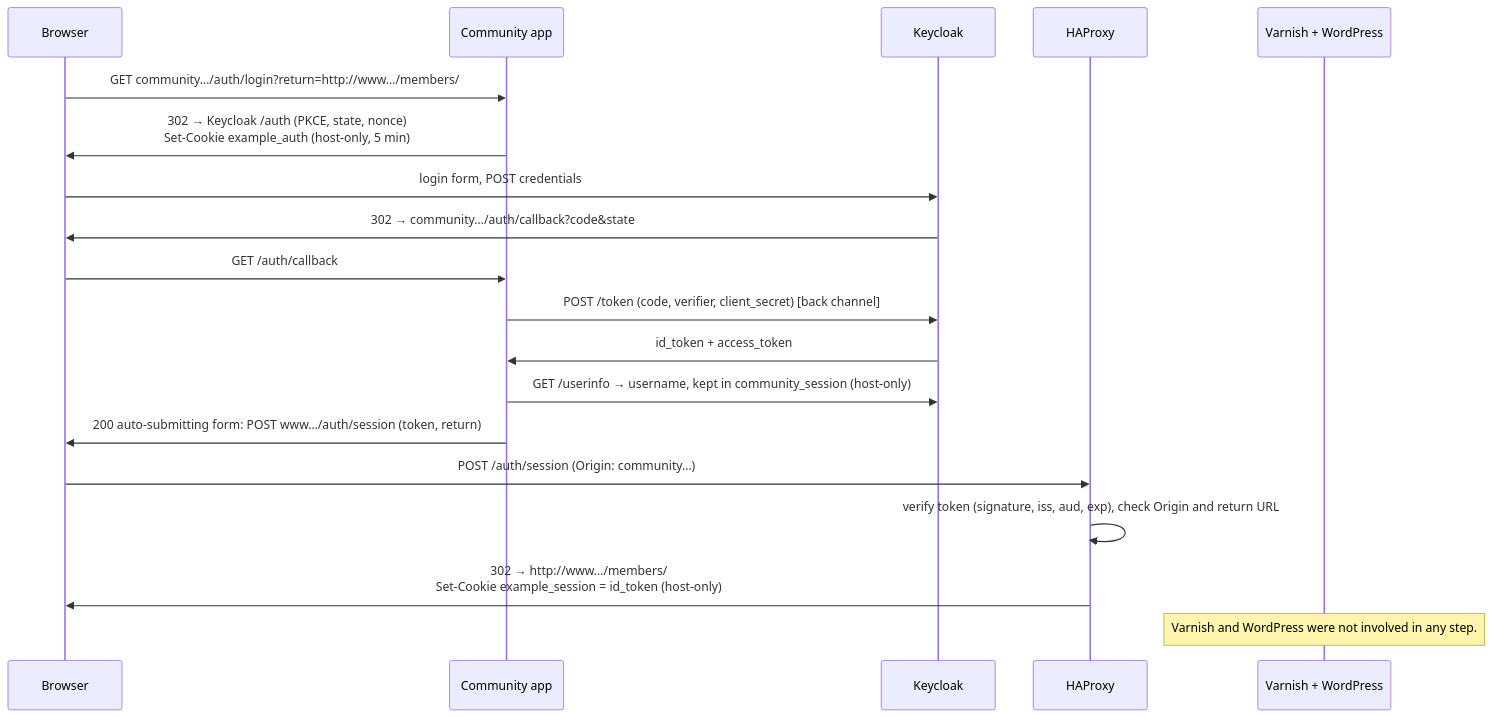
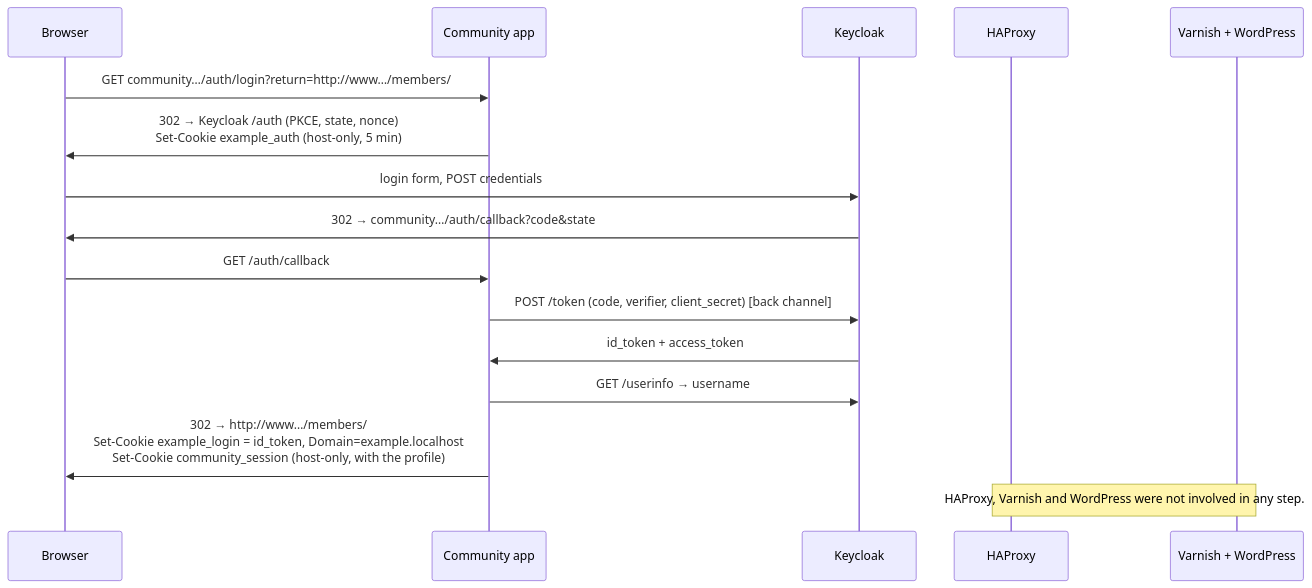
Before and after one commit to correctiv/oidc-wp-prototype: the first of 4 diagrams in README.md, drawn with Mermaid. The commit also changed other lines of this file and 7 other files, not shown here.

First line of the commit message:
Domain-wide login cookie again, community session kept host-only

````diff
--- a/README.md
+++ b/README.md
@@ -79,21 +79,18 @@
 ```mermaid
 sequenceDiagram
     participant B as Browser
     participant C as Community app
     participant K as Keycloak
     participant H as HAProxy
     participant W as Varnish + WordPress
     B->>C: GET community…/auth/login?return=http://www…/members/
     C->>B: 302 → Keycloak /auth (PKCE, state, nonce)<br/>Set-Cookie example_auth (host-only, 5 min)
     B->>K: login form, POST credentials
     K->>B: 302 → community…/auth/callback?code&state
     B->>C: GET /auth/callback
     C->>K: POST /token (code, verifier, client_secret) [back channel]
     K->>C: id_token + access_token
-    C->>K: GET /userinfo → username, kept in community_session (host-only)
-    C->>B: 200 auto-submitting form: POST www…/auth/session (token, return)
-    B->>H: POST /auth/session (Origin: community…)
-    H->>H: verify token (signature, iss, aud, exp), check Origin and return URL
-    H->>B: 302 → http://www…/members/<br/>Set-Cookie example_session = id_token (host-only)
-    Note over W: Varnish and WordPress were not involved in any step.
+    C->>K: GET /userinfo → username
+    C->>B: 302 → http://www…/members/<br/>Set-Cookie example_login = id_token, Domain=example.localhost<br/>Set-Cookie community_session (host-only, with the profile)
+    Note over H,W: HAProxy, Varnish and WordPress were not involved in any step.
 ```
````
